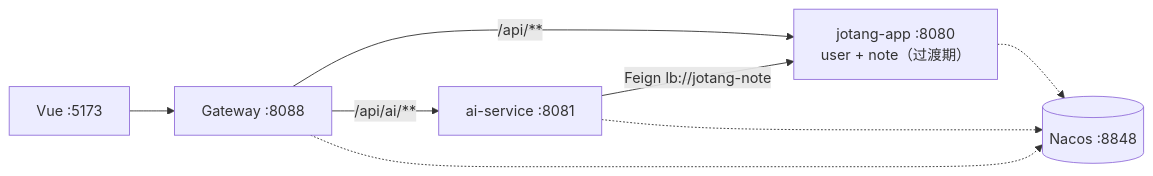
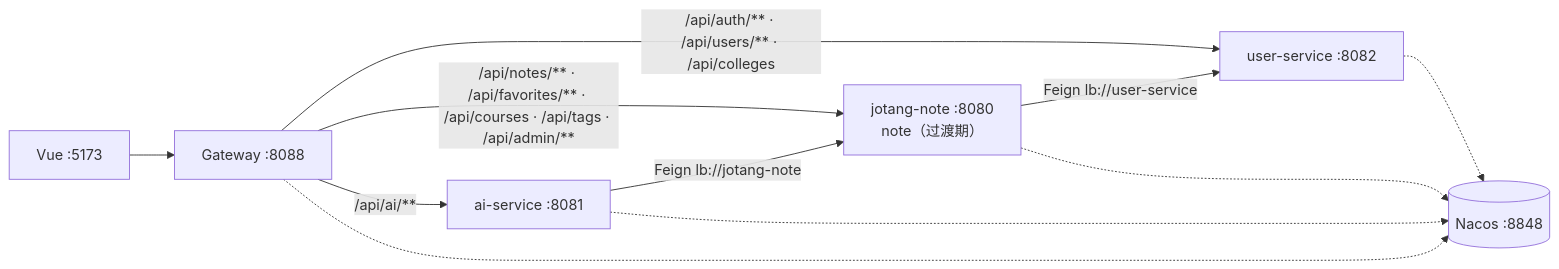
Before and after one commit to ShiwarHoufu/jotang-note: the diagram in docs/架构设计.md, drawn with Mermaid. The commit also changed other lines of this file and 39 other files, not shown here.

First line of the commit message:
feat(user): 抽出 user-service 独立进程

````diff
--- a/docs/架构设计.md
+++ b/docs/架构设计.md
@@ -225,10 +227,13 @@
 ```mermaid
 flowchart LR
   FE["Vue :5173"] --> GW["Gateway :8088"]
-  GW -->|"/api/**"| APP["jotang-app :8080<br/>user + note（过渡期）"]
+  GW -->|"/api/auth/** · /api/users/** · /api/colleges"| USER["user-service :8082"]
+  GW -->|"/api/notes/** · /api/favorites/** · /api/courses · /api/tags · /api/admin/**"| APP["jotang-note :8080<br/>note（过渡期）"]
   GW -->|"/api/ai/**"| AI["ai-service :8081"]
+  APP -->|"Feign lb://user-service"| USER
   AI -->|"Feign lb://jotang-note"| APP
   GW -.-> NACOS[("Nacos :8848")]
+  USER -.-> NACOS
   AI -.-> NACOS
   APP -.-> NACOS
 ```
````
